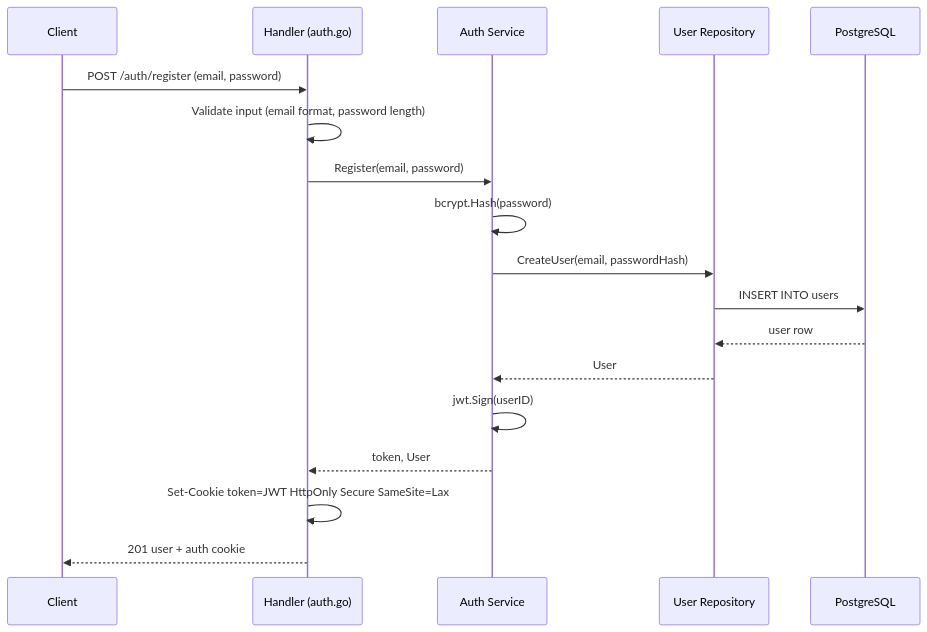
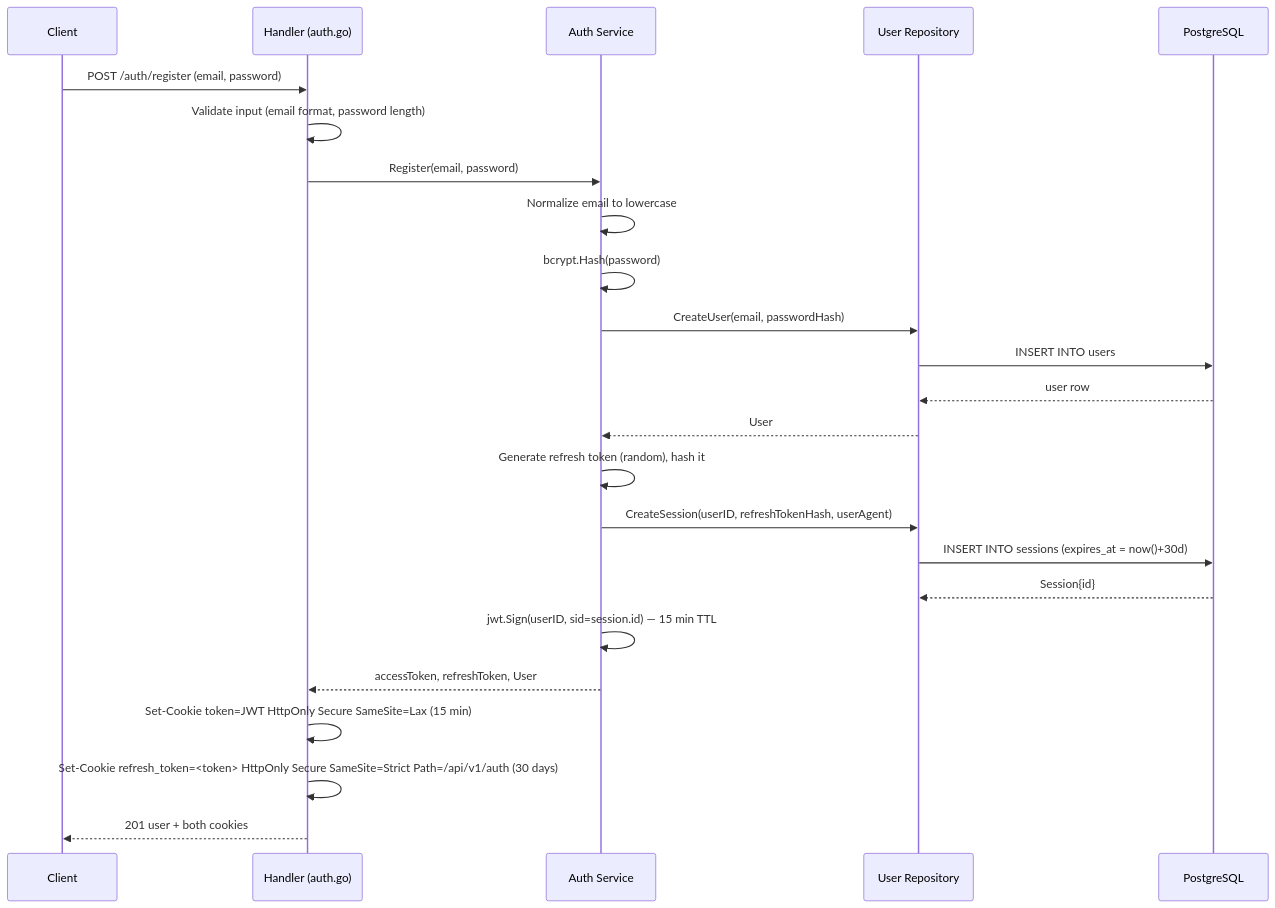
One commit to ppinedo0714/a-couple-of-coins changed the first of 13 diagrams in backend/docs/flows.md. Above: the diagram before and after it, drawn with Mermaid. The commit also changed other lines of this file and 3 other files, not shown here.

````diff
--- a/backend/docs/flows.md
+++ b/backend/docs/flows.md
@@ -9,21 +11,27 @@
 ```mermaid
 sequenceDiagram
     participant C as Client
     participant H as Handler (auth.go)
     participant S as Auth Service
     participant R as User Repository
     participant DB as PostgreSQL
 
     C->>H: POST /auth/register (email, password)
     H->>H: Validate input (email format, password length)
     H->>S: Register(email, password)
+    S->>S: Normalize email to lowercase
     S->>S: bcrypt.Hash(password)
     S->>R: CreateUser(email, passwordHash)
     R->>DB: INSERT INTO users
     DB-->>R: user row
     R-->>S: User
-    S->>S: jwt.Sign(userID)
-    S-->>H: token, User
-    H->>H: Set-Cookie token=JWT HttpOnly Secure SameSite=Lax
-    H-->>C: 201 user + auth cookie
+    S->>S: Generate refresh token (random), hash it
+    S->>R: CreateSession(userID, refreshTokenHash, userAgent)
+    R->>DB: INSERT INTO sessions (expires_at = now()+30d)
+    DB-->>R: Session{id}
+    S->>S: jwt.Sign(userID, sid=session.id) — 15 min TTL
+    S-->>H: accessToken, refreshToken, User
+    H->>H: Set-Cookie token=JWT HttpOnly Secure SameSite=Lax (15 min)
+    H->>H: Set-Cookie refresh_token=<token> HttpOnly Secure SameSite=Strict Path=/api/v1/auth (30 days)
+    H-->>C: 201 user + both cookies
 ```
````
